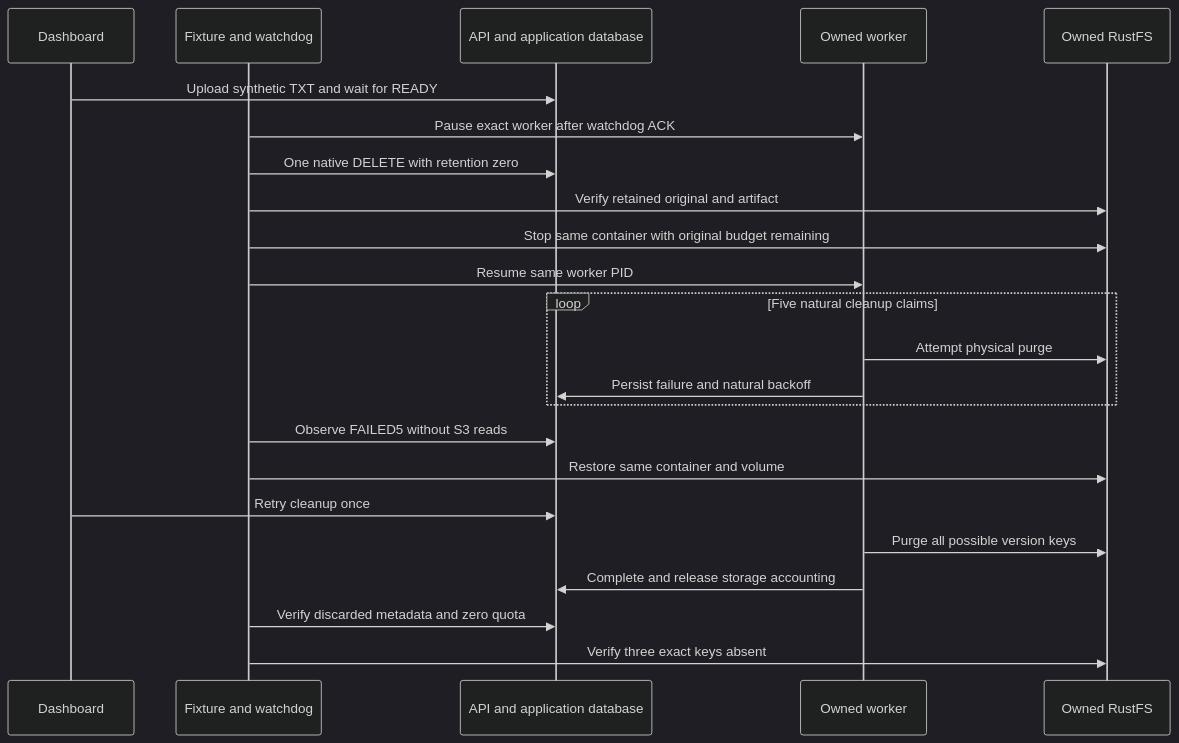
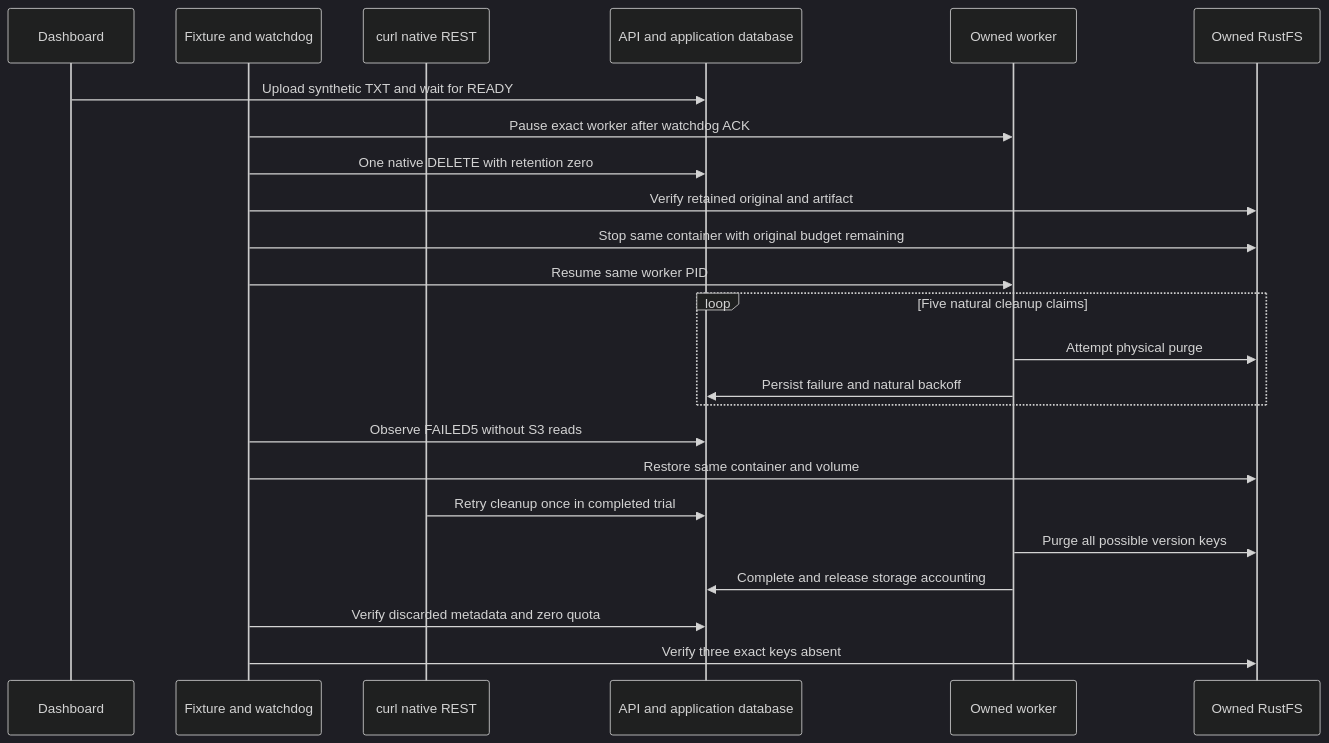
One commit to SimonLoir/vectorix changed the diagram in docs/rag-s3-cleanup-acceptance.md. Above: the diagram before and after it, drawn with Mermaid (dark theme). The commit also changed other lines of this file and 1 other file, not shown here.

Commit message:
docs(rag): record isolated S3 cleanup recovery acceptance

````diff
--- a/docs/rag-s3-cleanup-acceptance.md
+++ b/docs/rag-s3-cleanup-acceptance.md
@@ -11,25 +11,26 @@
 ```mermaid
 sequenceDiagram
     participant UI as Dashboard
     participant F as Fixture and watchdog
+    participant C as curl native REST
     participant DB as API and application database
     participant W as Owned worker
     participant S3 as Owned RustFS
     UI->>DB: Upload synthetic TXT and wait for READY
     F->>W: Pause exact worker after watchdog ACK
     F->>DB: One native DELETE with retention zero
     F->>S3: Verify retained original and artifact
     F->>S3: Stop same container with original budget remaining
     F->>W: Resume same worker PID
     loop Five natural cleanup claims
         W->>S3: Attempt physical purge
         W->>DB: Persist failure and natural backoff
     end
     F->>DB: Observe FAILED5 without S3 reads
     F->>S3: Restore same container and volume
-    UI->>DB: Retry cleanup once
+    C->>DB: Retry cleanup once in completed trial
     W->>S3: Purge all possible version keys
     W->>DB: Complete and release storage accounting
     F->>DB: Verify discarded metadata and zero quota
     F->>S3: Verify three exact keys absent
 ```
````
